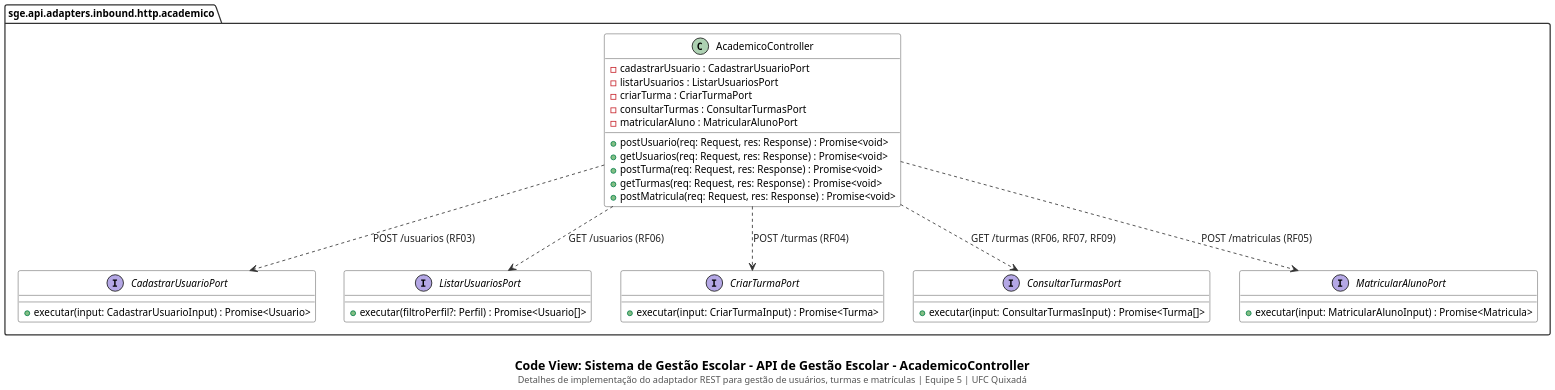
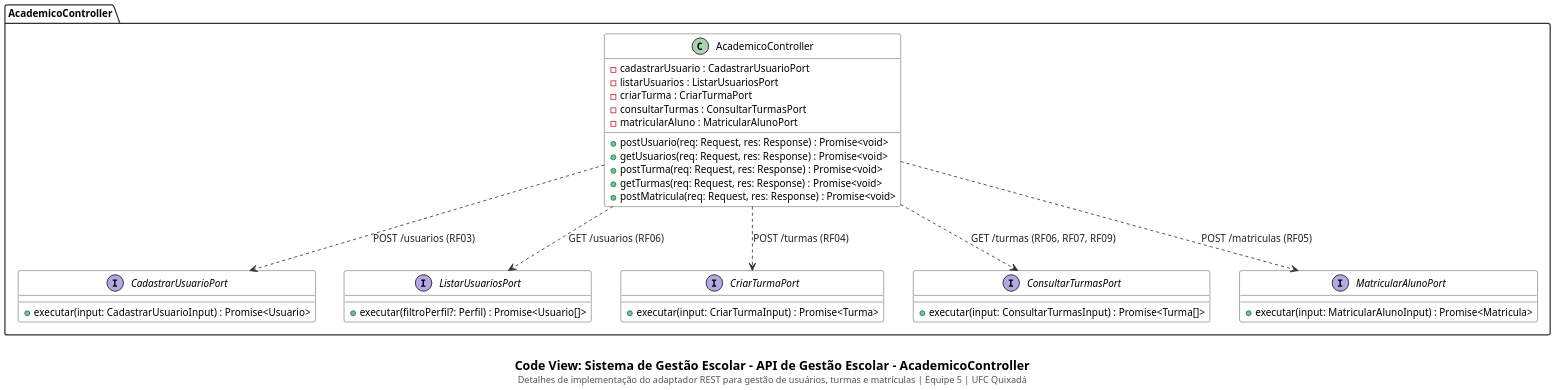
Before and after one commit to cicerocarnauba/sistema-gestao-escolar: the diagram in docs/code/academico-controller.puml, drawn with PlantUML. The commit also changed 14 other files, not shown here.

```diff
--- a/docs/code/academico-controller.puml
+++ b/docs/code/academico-controller.puml
@@ -1,63 +1,63 @@
 @startuml
 set separator none
 top to bottom direction
 skinparam backgroundColor #FFFFFF
 skinparam shadowing false
 skinparam dpi 180
 skinparam defaultFontName "SansSerif"
 skinparam defaultFontSize 12
 skinparam packageStyle folder
 skinparam packageBackgroundColor #FFFFFF
 skinparam packageBorderColor #333333
 skinparam packageFontStyle bold
 skinparam classBackgroundColor #FFFFFF
 skinparam classHeaderBackgroundColor #FFFFFF
 skinparam classBorderColor #333333
 skinparam arrowColor #333333
 skinparam arrowFontColor #222222
 skinparam noteBackgroundColor #FAFAFA
 skinparam noteBorderColor #666666
 
-package "sge.api.adapters.inbound.http.academico" {
+package "AcademicoController" as pkg_academico_controller {
     interface CadastrarUsuarioPort {
         + executar(input: CadastrarUsuarioInput) : Promise<Usuario>
     }
 
     interface ListarUsuariosPort {
         + executar(filtroPerfil?: Perfil) : Promise<Usuario[]>
     }
 
     interface CriarTurmaPort {
         + executar(input: CriarTurmaInput) : Promise<Turma>
     }
 
     interface ConsultarTurmasPort {
         + executar(input: ConsultarTurmasInput) : Promise<Turma[]>
     }
 
     interface MatricularAlunoPort {
         + executar(input: MatricularAlunoInput) : Promise<Matricula>
     }
 
     class AcademicoController {
         - cadastrarUsuario : CadastrarUsuarioPort
         - listarUsuarios : ListarUsuariosPort
         - criarTurma : CriarTurmaPort
         - consultarTurmas : ConsultarTurmasPort
         - matricularAluno : MatricularAlunoPort
         + postUsuario(req: Request, res: Response) : Promise<void>
         + getUsuarios(req: Request, res: Response) : Promise<void>
         + postTurma(req: Request, res: Response) : Promise<void>
         + getTurmas(req: Request, res: Response) : Promise<void>
         + postMatricula(req: Request, res: Response) : Promise<void>
     }
 
     AcademicoController ..> CadastrarUsuarioPort : POST /usuarios (RF03)
     AcademicoController ..> ListarUsuariosPort : GET /usuarios (RF06)
     AcademicoController ..> CriarTurmaPort : POST /turmas (RF04)
     AcademicoController ..> ConsultarTurmasPort : GET /turmas (RF06, RF07, RF09)
     AcademicoController ..> MatricularAlunoPort : POST /matriculas (RF05)
 }
 
 caption \n<size:15><b>Code View: Sistema de Gestão Escolar - API de Gestão Escolar - AcademicoController</b></size>\n<size:11><color:#555555>Detalhes de implementação do adaptador REST para gestão de usuários, turmas e matrículas | Equipe 5 | UFC Quixadá</color></size>
 @enduml
```
